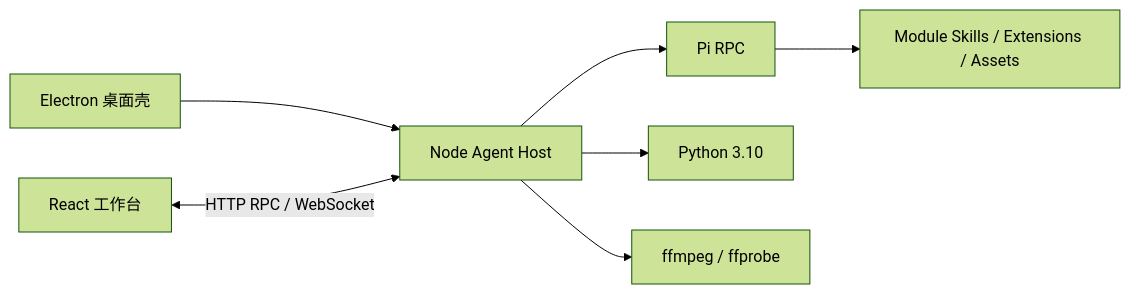
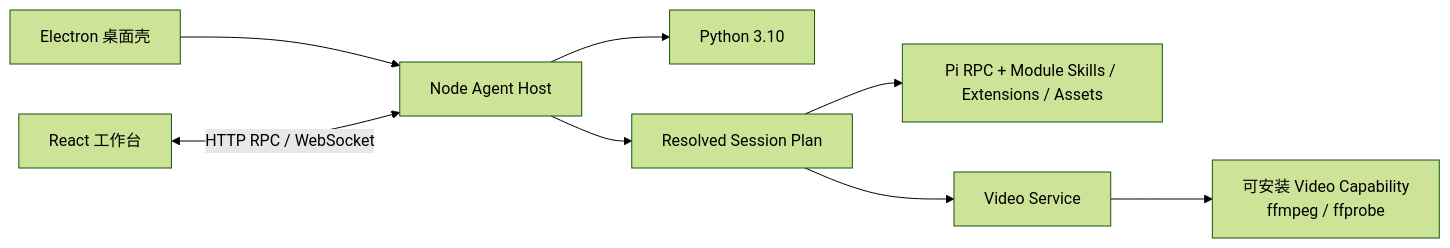
Before and after one commit to Ran2424/transportx-agent: the diagram in README.md, drawn with Mermaid (forest theme). The commit also changed other lines of this file and 1 other file, not shown here.

Commit message:
docs: align README and architecture with video modules

````diff
--- a/README.md
+++ b/README.md
@@ -32,9 +32,10 @@
 ```mermaid
 flowchart LR
   electron[Electron 桌面壳] --> host[Node Agent Host]
   react[React 工作台] <-->|HTTP RPC / WebSocket| host
-  host --> pi[Pi RPC]
   host --> python[Python 3.10]
-  host --> ffmpeg[ffmpeg / ffprobe]
-  pi --> modules[Module Skills / Extensions / Assets]
+  host --> plan[Resolved Session Plan]
+  plan --> pi[Pi RPC + Module Skills / Extensions / Assets]
+  plan --> video[Video Service]
+  video --> ffmpeg["可安装 Video Capability<br/>ffmpeg / ffprobe"]
 ```
````
